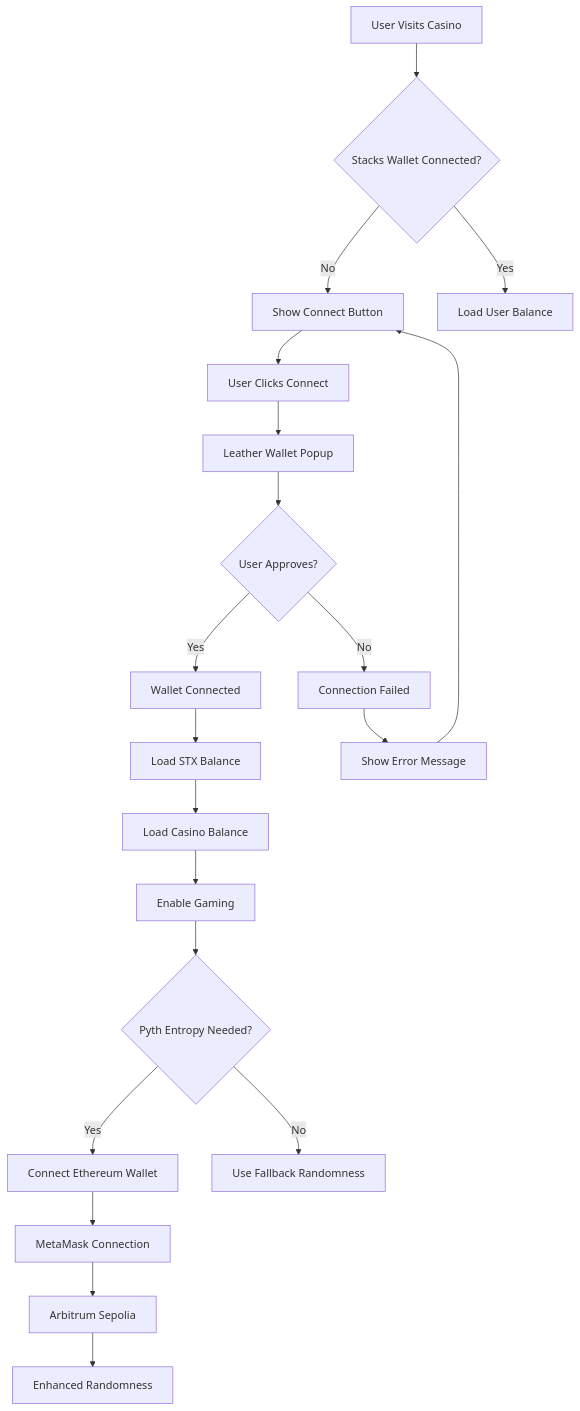
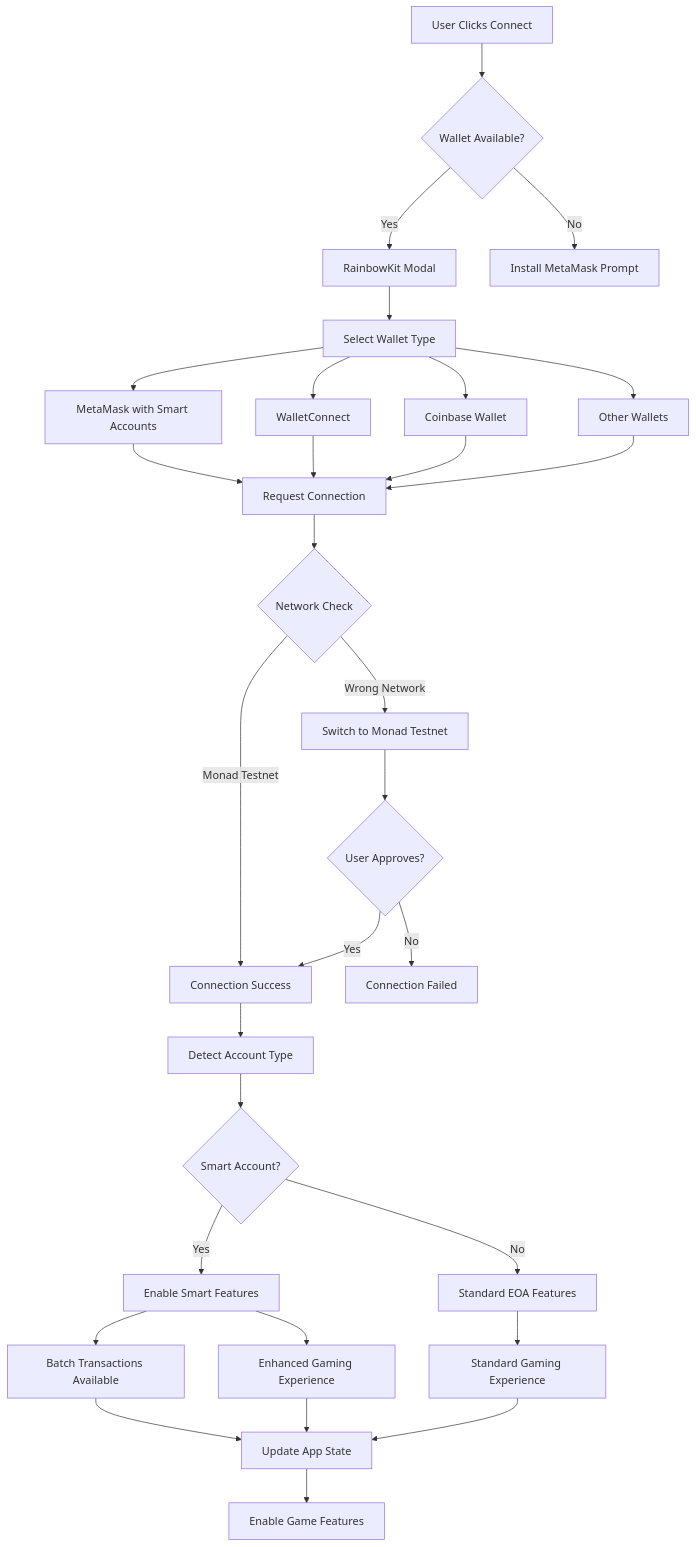
Before and after one commit to AmaanSayyad/APT-Casino-Linera: the third of 21 diagrams in MERMAID_DIAGRAMS.md, drawn with Mermaid. The commit also changed other lines of this file and 48 other files, not shown here.

````diff
--- a/MERMAID_DIAGRAMS.md
+++ b/MERMAID_DIAGRAMS.md
@@ -80,27 +81,39 @@
 ```mermaid
 flowchart TD
-    A[User Visits Casino] --> B{Stacks Wallet Connected?}
-    B -->|No| C[Show Connect Button]
-    B -->|Yes| D[Load User Balance]
+    A[User Clicks Connect] --> B{Wallet Available?}
+    B -->|Yes| C[RainbowKit Modal]
+    B -->|No| D[Install MetaMask Prompt]
     
-    C --> E[User Clicks Connect]
-    E --> F[Leather Wallet Popup]
-    F --> G{User Approves?}
-    G -->|Yes| H[Wallet Connected]
-    G -->|No| I[Connection Failed]
+    C --> E[Select Wallet Type]
+    E --> F[MetaMask with Smart Accounts]
+    E --> G[WalletConnect]
+    E --> H[Coinbase Wallet]
+    E --> I[Other Wallets]
     
-    H --> J[Load STX Balance]
-    J --> K[Load Casino Balance]
-    K --> L[Enable Gaming]
+    F --> K[Request Connection]
+    G --> K
+    H --> K
+    I --> K
     
-    L --> M{Pyth Entropy Needed?}
-    M -->|Yes| N[Connect Ethereum Wallet]
-    M -->|No| O[Use Fallback Randomness]
+    K --> L{Network Check}
+    L -->|Monad Testnet| M[Connection Success]
+    L -->|Wrong Network| N[Switch to Monad Testnet]
     
-    N --> P[MetaMask Connection]
-    P --> Q[Arbitrum Sepolia]
-    Q --> R[Enhanced Randomness]
+    N --> O{User Approves?}
+    O -->|Yes| M
+    O -->|No| P[Connection Failed]
     
-    I --> S[Show Error Message]
-    S --> C
+    M --> Q[Detect Account Type]
+    Q --> R{Smart Account?}
+    R -->|Yes| S[Enable Smart Features]
+    R -->|No| T[Standard EOA Features]
+    
+    S --> U[Batch Transactions Available]
+    S --> V[Enhanced Gaming Experience]
+    T --> W[Standard Gaming Experience]
+    
+    U --> X[Update App State]
+    V --> X
+    W --> X
+    X --> Y[Enable Game Features]
 ```
````
